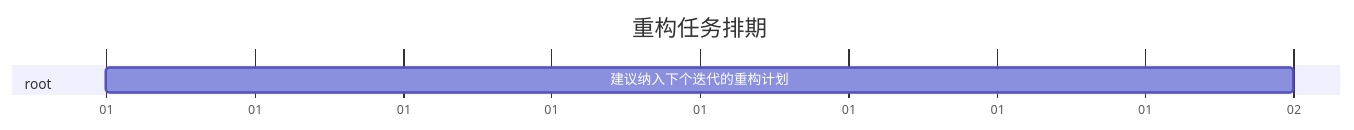
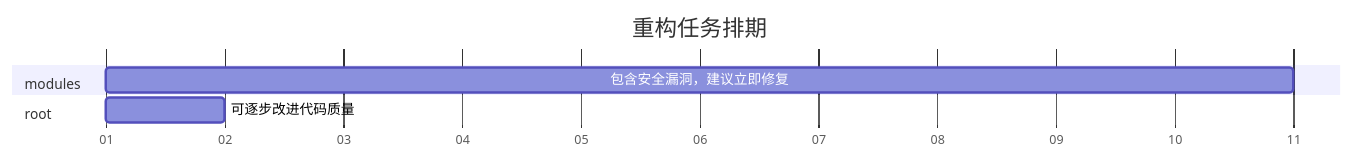
Before and after one commit to Lelouch-7/Legacy-Code-Analyzer-and-Optimizer: the fifth of 12 diagrams in legacy-code-analyzer/self-evaluation-report.md, drawn with Mermaid. The commit also changed other lines of this file and 10 other files, not shown here.

````diff
--- a/legacy-code-analyzer/self-evaluation-report.md
+++ b/legacy-code-analyzer/self-evaluation-report.md
@@ -175,10 +169,12 @@
 ```mermaid
 gantt
     title 重构任务排期
     dateFormat  YYYY-MM-DD
     axisFormat  %d
     
+    section modules
+    包含安全漏洞，建议立即修复 :a1, 0, 10d
     section root
-    建议纳入下个迭代的重构计划 :a1, 0, 1d
+    可逐步改进代码质量 :a2, 0, 1d
 
 ```
````
